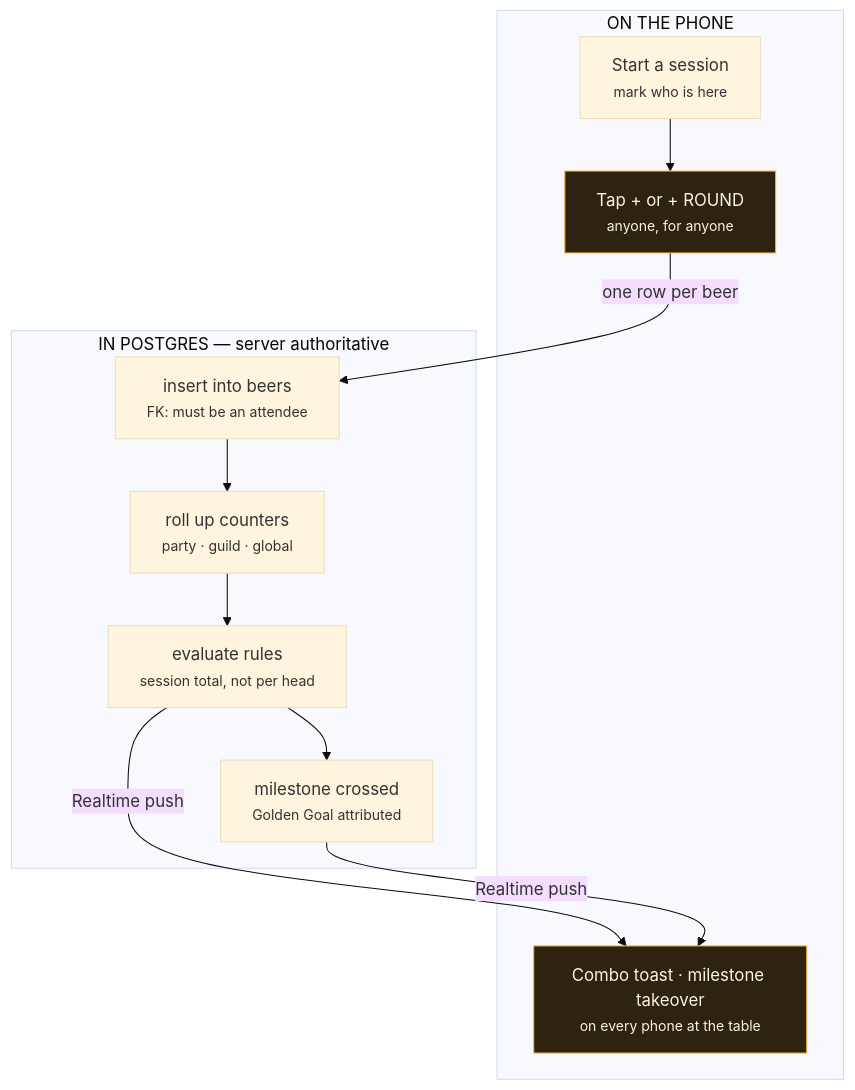
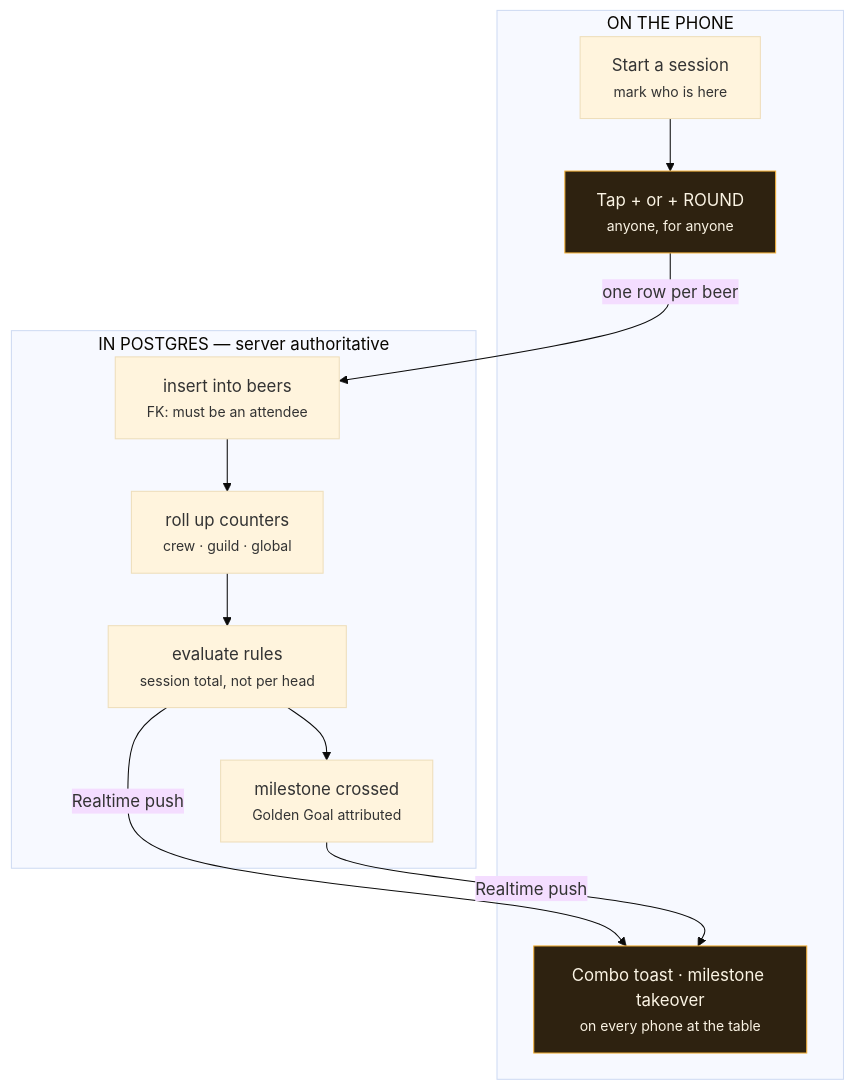
The second of 3 diagrams in docs/USER-JOURNEYS.md (FagerJ/onemillion), drawn with Mermaid (base theme) before and after one commit. The commit also changed other lines of this file and 14 other files, not shown here.

First line of the commit message:
Rename Party to Crew in the docs, and retake the screenshots

````diff
--- a/docs/USER-JOURNEYS.md
+++ b/docs/USER-JOURNEYS.md
@@ -50,20 +50,20 @@
 ```mermaid
 flowchart TB
   subgraph phone["ON THE PHONE"]
     A["Start a session<br/><small>mark who is here</small>"] --> B["Tap + or + ROUND<br/><small>anyone, for anyone</small>"]
     Z["Combo toast · milestone takeover<br/><small>on every phone at the table</small>"]
   end
 
   subgraph pg["IN POSTGRES — server authoritative"]
-    C["insert into beers<br/><small>FK: must be an attendee</small>"] --> D["roll up counters<br/><small>party · guild · global</small>"]
+    C["insert into beers<br/><small>FK: must be an attendee</small>"] --> D["roll up counters<br/><small>crew · guild · global</small>"]
     D --> E["evaluate rules<br/><small>session total, not per head</small>"]
     E --> F["milestone crossed<br/><small>Golden Goal attributed</small>"]
   end
 
   B -->|"one row per beer"| C
   E -->|"Realtime push"| Z
   F -->|"Realtime push"| Z
 
   classDef gold fill:#2e2210,stroke:#F5B23A,color:#FBF4E4
   class B,Z gold
 ```
````
